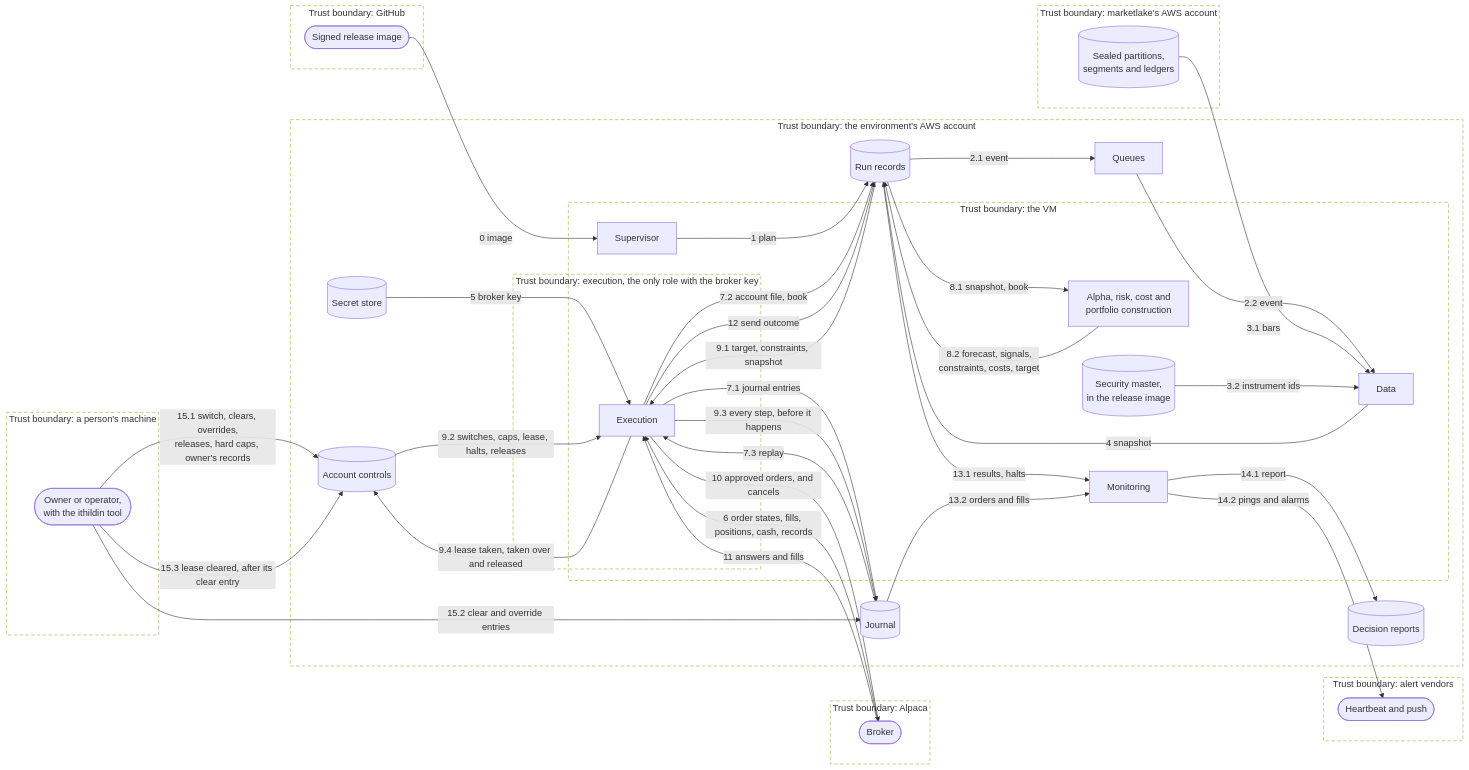
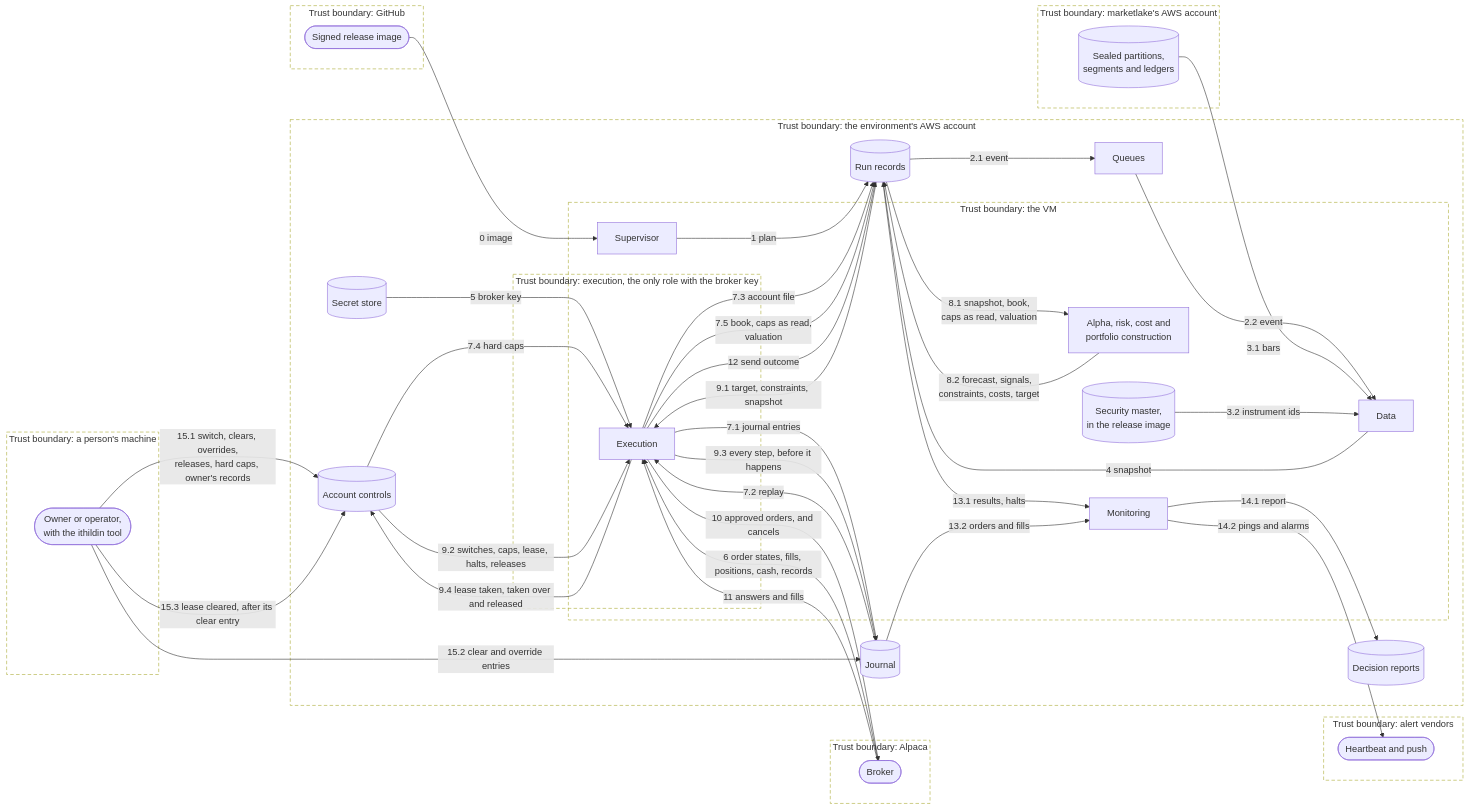
The second of 18 diagrams in docs/architecture/06-runtime.md (l3a0/ithildin-runtime), drawn with Mermaid before and after one commit. The commit also changed other lines of this file and 32 other files, not shown here.

````diff
--- a/docs/architecture/06-runtime.md
+++ b/docs/architecture/06-runtime.md
@@ -106,68 +106,70 @@
 ```mermaid
 flowchart LR
     subgraph tb_person["Trust boundary: a person's machine"]
         person(["Owner or operator,<br/>with the ithildin tool"])
     end
     subgraph tb_github["Trust boundary: GitHub"]
         registry(["Signed release image"])
     end
     subgraph tb_marketlake["Trust boundary: marketlake's AWS account"]
         lake[("Sealed partitions,<br/>segments and ledgers")]
     end
     subgraph tb_broker["Trust boundary: Alpaca"]
         brokerx(["Broker"])
     end
     subgraph tb_alert["Trust boundary: alert vendors"]
         alert(["Heartbeat and push"])
     end
     subgraph tb_account["Trust boundary: the environment's AWS account"]
         subgraph tb_vm["Trust boundary: the VM"]
             sup["Supervisor"]
             data["Data"]
             models["Alpha, risk, cost and<br/>portfolio construction"]
             mon["Monitoring"]
             d2[("Security master,<br/>in the release image")]
             subgraph tb_exec["Trust boundary: execution, the only role with the broker key"]
                 exec["Execution"]
             end
         end
         queue["Queues"]
         secret[("Secret store")]
         d1[("Run records")]
         d3[("Journal")]
         d4[("Decision reports")]
         d5[("Account controls")]
     end
 
     registry -->|"0 image"| sup
     sup -->|"1 plan"| d1
     d1 -->|"2.1 event"| queue
     queue -->|"2.2 event"| data
     lake -->|"3.1 bars"| data
     d2 -->|"3.2 instrument ids"| data
     data -->|"4 snapshot"| d1
     secret -->|"5 broker key"| exec
     brokerx -->|"6 order states, fills, positions, cash, records"| exec
     exec -->|"7.1 journal entries"| d3
-    exec -->|"7.2 account file, book"| d1
-    d3 -->|"7.3 replay"| exec
-    d1 -->|"8.1 snapshot, book"| models
+    d3 -->|"7.2 replay"| exec
+    exec -->|"7.3 account file"| d1
+    d5 -->|"7.4 hard caps"| exec
+    exec -->|"7.5 book, caps as read,<br/>valuation"| d1
+    d1 -->|"8.1 snapshot, book,<br/>caps as read, valuation"| models
     models -->|"8.2 forecast, signals,<br/>constraints, costs, target"| d1
     d1 -->|"9.1 target, constraints, snapshot"| exec
     d5 -->|"9.2 switches, caps, lease, halts, releases"| exec
     exec -->|"9.3 every step, before it happens"| d3
     exec -->|"9.4 lease taken, taken over and released"| d5
     exec -->|"10 approved orders, and cancels"| brokerx
     brokerx -->|"11 answers and fills"| exec
     exec -->|"12 send outcome"| d1
     d1 -->|"13.1 results, halts"| mon
     d3 -->|"13.2 orders and fills"| mon
     mon -->|"14.1 report"| d4
     mon -->|"14.2 pings and alarms"| alert
     person -->|"15.1 switch, clears, overrides,<br/>releases, hard caps, owner's records"| d5
     person -->|"15.2 clear and override entries"| d3
     person -->|"15.3 lease cleared, after its clear entry"| d5
 
     classDef boundary fill:none,stroke-dasharray:6 4
     class tb_person,tb_github,tb_marketlake,tb_broker,tb_alert,tb_account,tb_vm,tb_exec boundary
 ```
````
